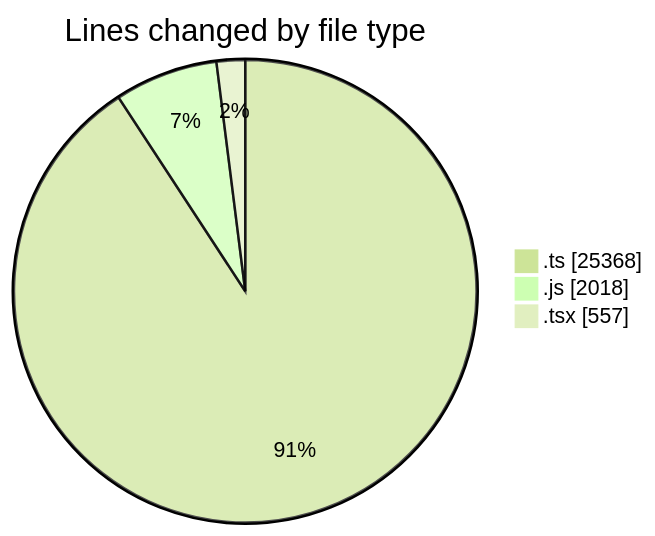
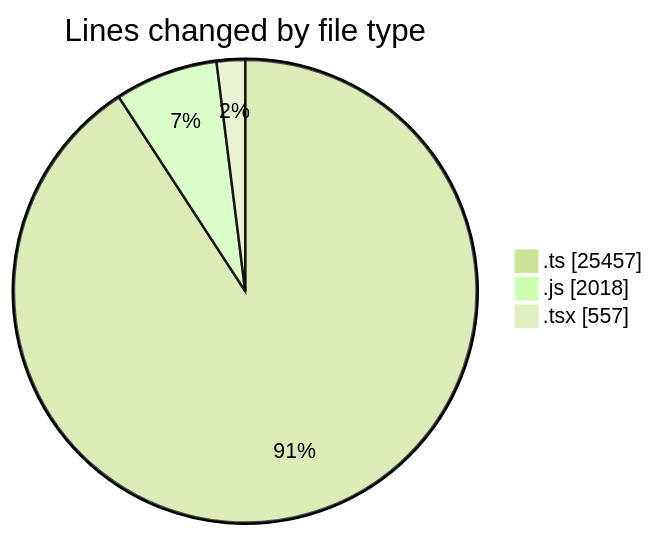
The first of 2 diagrams in 2025-06-20/cda/README.md (momahboobian/code-tracking), drawn with Mermaid (forest theme) before and after one commit. The commit also changed other lines of this file and 1 other file, not shown here.

````diff
--- a/2025-06-20/cda/README.md
+++ b/2025-06-20/cda/README.md
@@ -40,7 +40,7 @@
 ```mermaid
 pie showData
 title Lines changed by file type
-".ts" : 25368
+".ts" : 25457
 ".js" : 2018
 ".tsx" : 557
 ```
````
